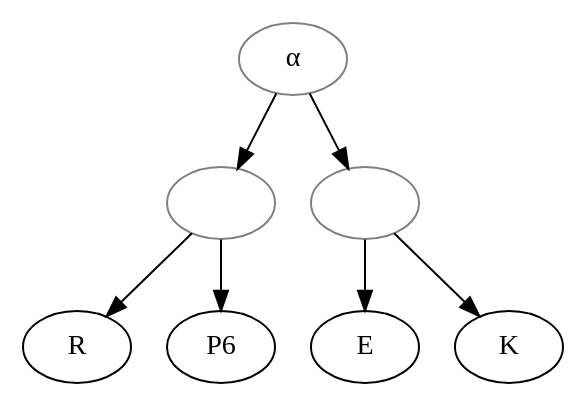
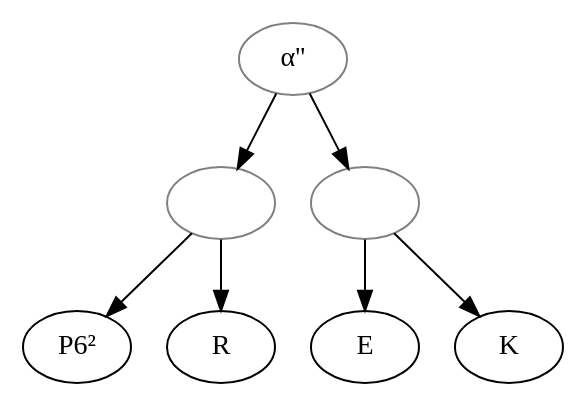
Before and after one commit to OpenStemmata/database: the diagram in data/lat/Kenney_1995_Remedia/stemma.gv, drawn with Graphviz. The commit also changed 4 other files, not shown here.

```diff
--- a/data/lat/Kenney_1995_Remedia/stemma.gv
+++ b/data/lat/Kenney_1995_Remedia/stemma.gv
@@ -1,11 +1,12 @@
 digraph {
-archetyp [color="grey", label="α"];
+archetyp [color="grey", label="α''"];
 1 [color="grey", label=""];
+P6 [label="P6²"]
 archetyp -> 1 ;
 1 -> R;
 1 -> P6;
 2 [color="grey", label=""];
 archetyp -> 2 ;
 2 -> E;
 2 -> K;
 }
```
